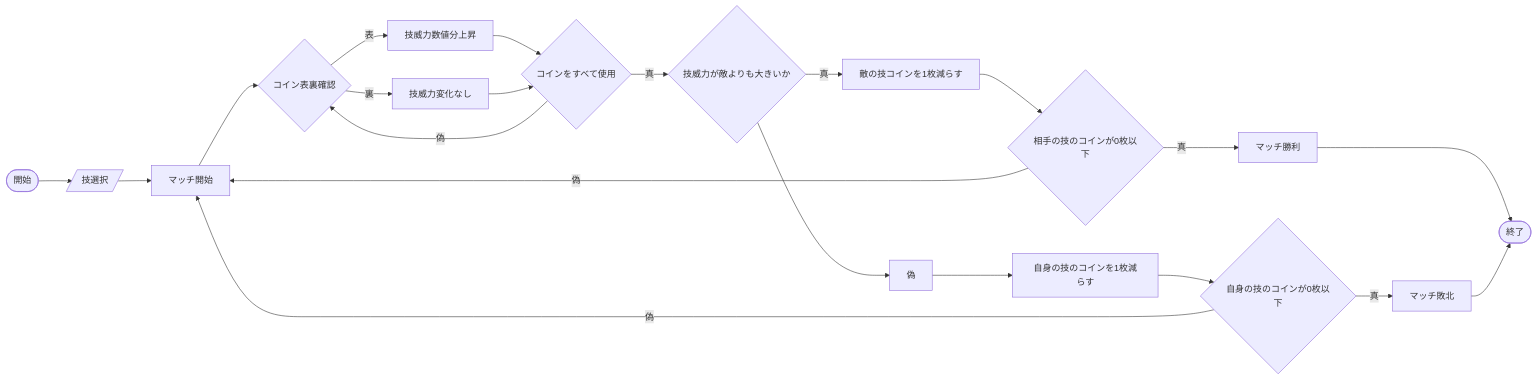
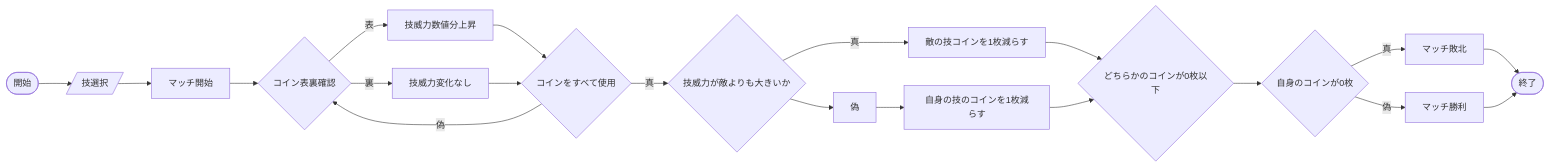
One commit to tpu-game-2023/mermaid_test changed the first of 3 diagrams in README.md. Above: the diagram before and after it, drawn with Mermaid.

Commit message:
見取り図微調整

````diff
--- a/README.md
+++ b/README.md
@@ -20,22 +20,21 @@
 ```mermaid
 flowchart LR;
    A([開始]) --> B[/技選択/];
    B --> C[マッチ開始];
    C --> D{コイン表裏確認};
    D --表-->E[技威力数値分上昇];
    D --裏--> F[技威力変化なし];
    E-->G{コインをすべて使用};
    F-->G
    G--真-->H{技威力が敵よりも大きいか};
    G--偽-->D;
    H--真-->I[敵の技コインを1枚減らす];
    H-->偽-->J[自身の技のコインを1枚減らす];
-   I-->K{相手の技のコインが0枚以下};
-   J-->L{自身の技のコインが0枚以下};
-   K--真-->M[マッチ勝利];
-   K--偽-->C;
-   L--真-->N[マッチ敗北];
-   L--偽-->C;
+   I-->K{どちらかのコインが0枚以下};
+   J-->K
+   K-->L{自身のコインが0枚};
+   L--真-->M[マッチ敗北];
+   L--偽-->N[マッチ勝利];;
    M-->O([終了]);
    N-->O;
 ```
````
